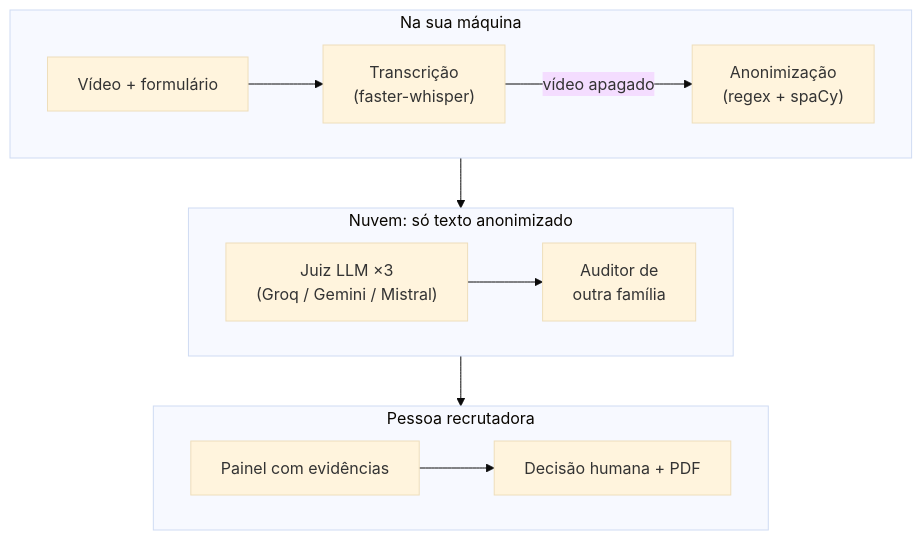
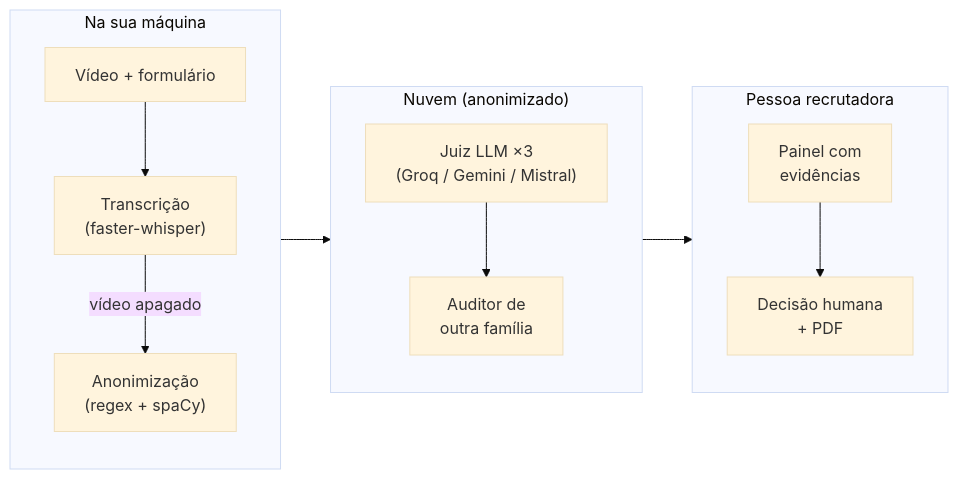
One commit to Felipebc2/TalentVisor changed the diagram in README.md. Above: the diagram before and after it, drawn with Mermaid (base theme).

Commit message:
docs(readme): diagram as three side-by-side groups

````diff
--- a/README.md
+++ b/README.md
@@ -7,18 +7,17 @@
 ```mermaid
-flowchart TD
+flowchart LR
   subgraph local["Na sua máquina"]
-    direction LR
+    direction TB
     V["Vídeo + formulário"] --> STT["Transcrição<br/>(faster-whisper)"]
     STT -->|vídeo apagado| A["Anonimização<br/>(regex + spaCy)"]
   end
-  subgraph cloud["Nuvem: só texto anonimizado"]
-    direction LR
+  subgraph cloud["Nuvem (anonimizado)"]
+    direction TB
     J["Juiz LLM ×3<br/>(Groq / Gemini / Mistral)"] --> AU["Auditor de<br/>outra família"]
   end
   subgraph human["Pessoa recrutadora"]
-    direction LR
-    P["Painel com evidências"] --> D["Decisão humana + PDF"]
+    direction TB
+    P["Painel com<br/>evidências"] --> D["Decisão humana<br/>+ PDF"]
   end
-  A --> J
-  AU --> P
+  local --> cloud --> human
 ```
````
